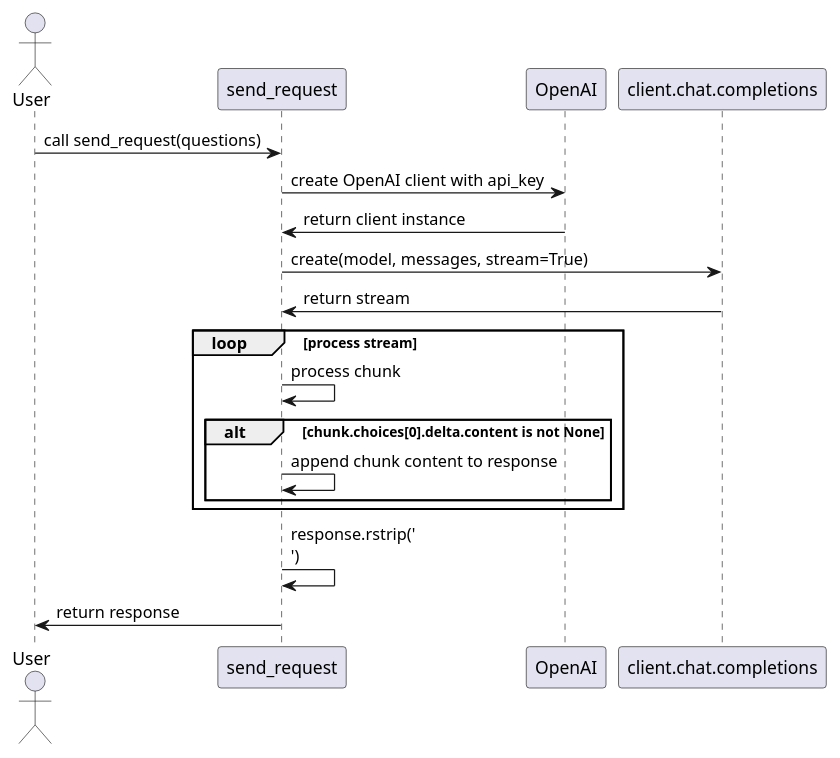
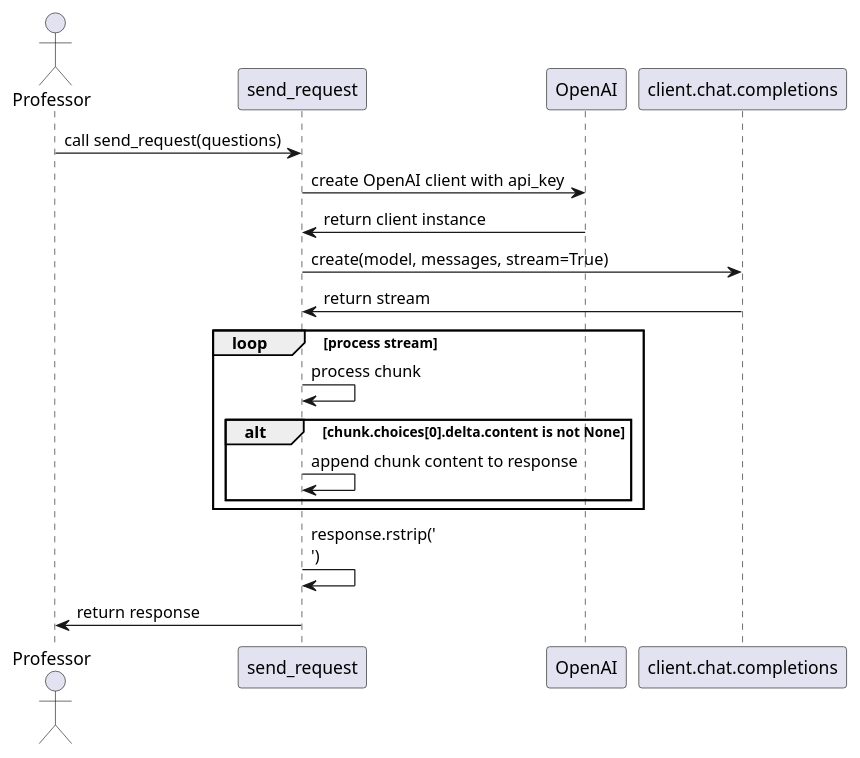
Before and after one commit to NoahS20/Grad-Project: the diagram in Diagrams/Sequence Diagrams/BackEnd/getAIResponseUMLSequence.wsd, drawn with PlantUML. The commit also changed 22 other files, not shown here.

Commit message:
Removed irrelevant files. Removed outdated diagrams.

```diff
--- a/Diagrams/Sequence Diagrams/BackEnd/getAIResponseUMLSequence.wsd
+++ b/Diagrams/Sequence Diagrams/BackEnd/getAIResponseUMLSequence.wsd
@@ -1,23 +1,23 @@
 @startuml
-actor User
+actor Professor
 
 participant send_request
 participant OpenAI
 participant client.chat.completions
 
-User -> send_request: call send_request(questions)
+Professor -> send_request: call send_request(questions)
 send_request -> OpenAI: create OpenAI client with api_key
 OpenAI -> send_request: return client instance
 send_request -> client.chat.completions: create(model, messages, stream=True)
 client.chat.completions -> send_request: return stream
 
 loop process stream
     send_request -> send_request: process chunk
     alt chunk.choices[0].delta.content is not None
         send_request -> send_request: append chunk content to response
     end
 end
 
 send_request -> send_request: response.rstrip('\n')
-send_request -> User: return response
+send_request -> Professor: return response
 @enduml
```
